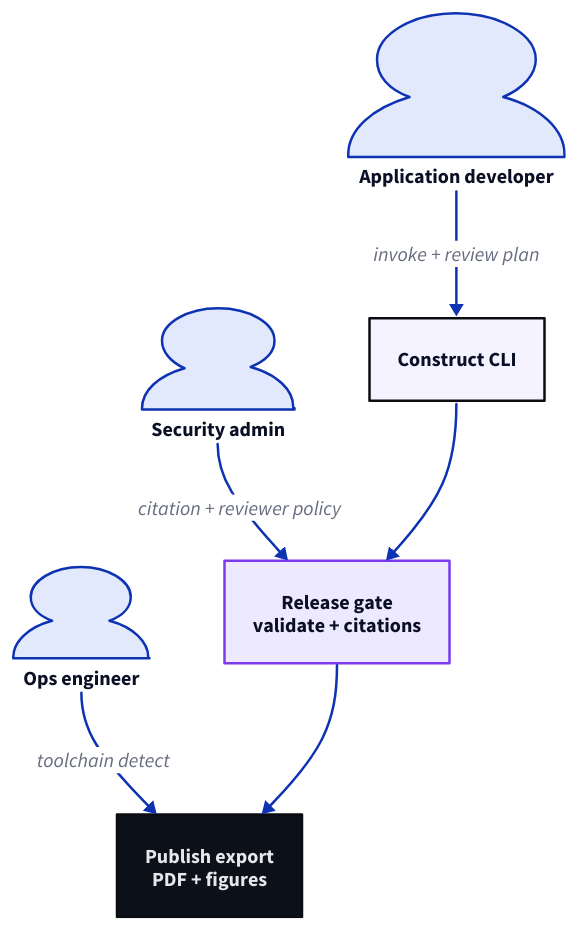
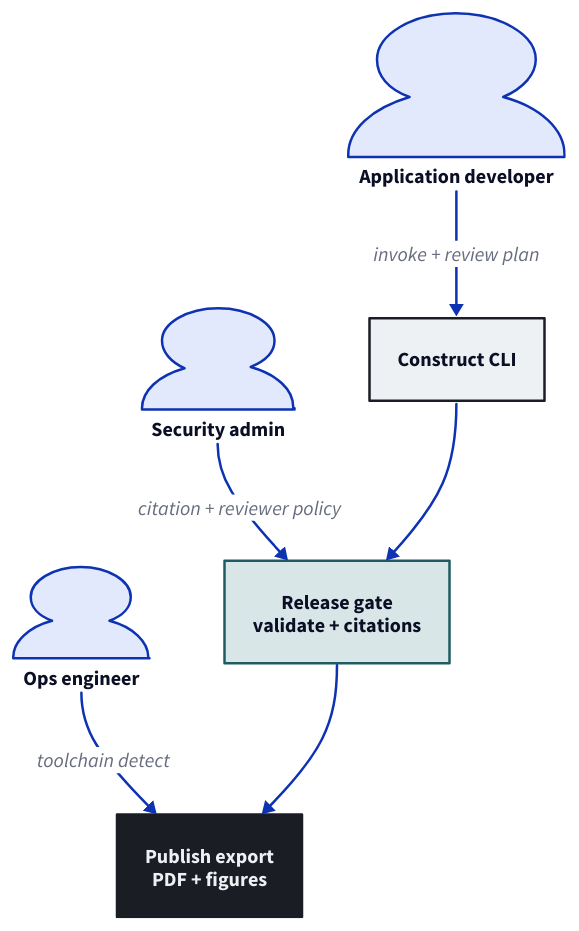
Before and after one commit to geraldmaron/construct: the first of 3 diagrams in tests/fixtures/publish/golden-prd-platform.md, drawn with D2. The commit also changed other lines of this file and 123 other files, not shown here.

````diff
--- a/tests/fixtures/publish/golden-prd-platform.md
+++ b/tests/fixtures/publish/golden-prd-platform.md
@@ -41,37 +54,37 @@
 ```d2
 direction: down
 
 developer: Application developer {
   shape: person
 }
 
 security: Security admin {
   shape: person
 }
 
 ops: Ops engineer {
   shape: person
 }
 
 construct: Construct CLI {
-  style.fill: "#f5f3ff"
-  style.stroke: "#0a0c10"
+  style.fill: "#eef1f3"
+  style.stroke: "#1a1d24"
 }
 
 gate: Release gate\nvalidate + citations {
-  style.fill: "#ede9fe"
-  style.stroke: "#7c3aed"
+  style.fill: "#d8e6e7"
+  style.stroke: "#1f5c61"
 }
 
 export: Publish export\nPDF + figures {
-  style.fill: "#0c1018"
-  style.font-color: "#e5e7eb"
-  style.stroke: "#0a0c10"
+  style.fill: "#1a1d24"
+  style.font-color: "#eef1f3"
+  style.stroke: "#1a1d24"
 }
 
 developer -> construct: invoke + review plan
 security -> gate: citation + reviewer policy
 ops -> export: toolchain detect
 construct -> gate
 gate -> export
 ```
````
